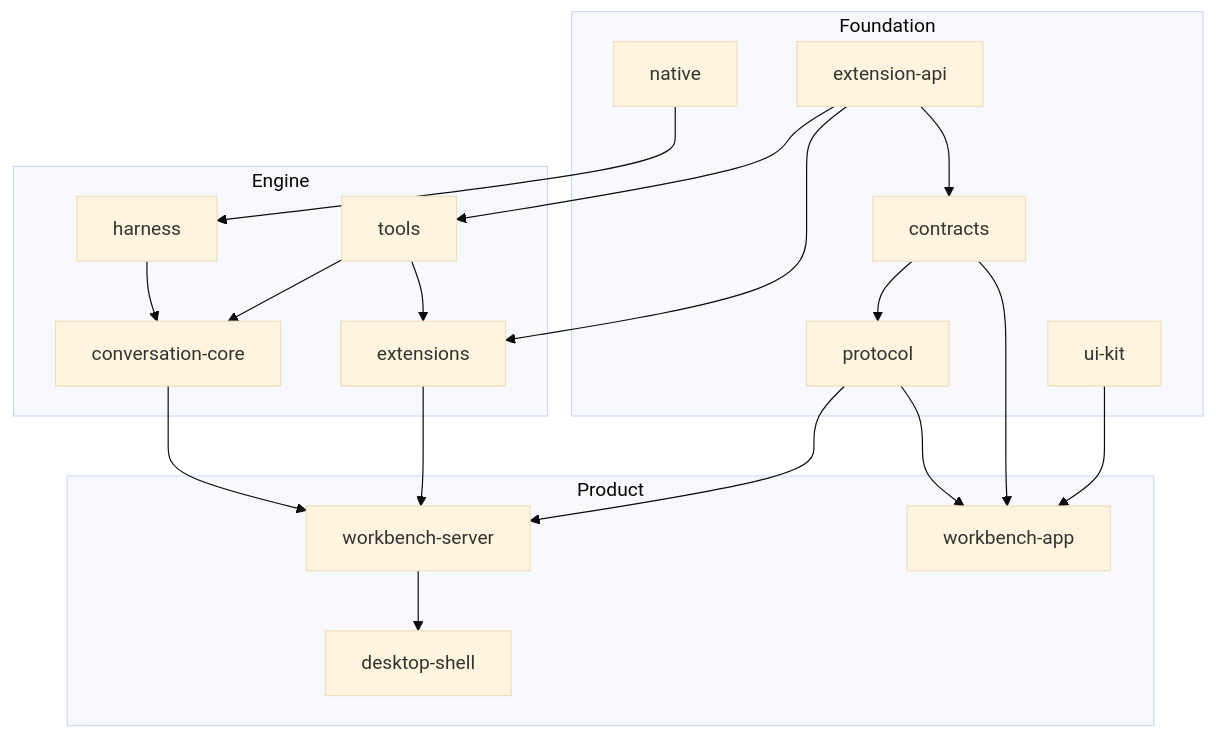
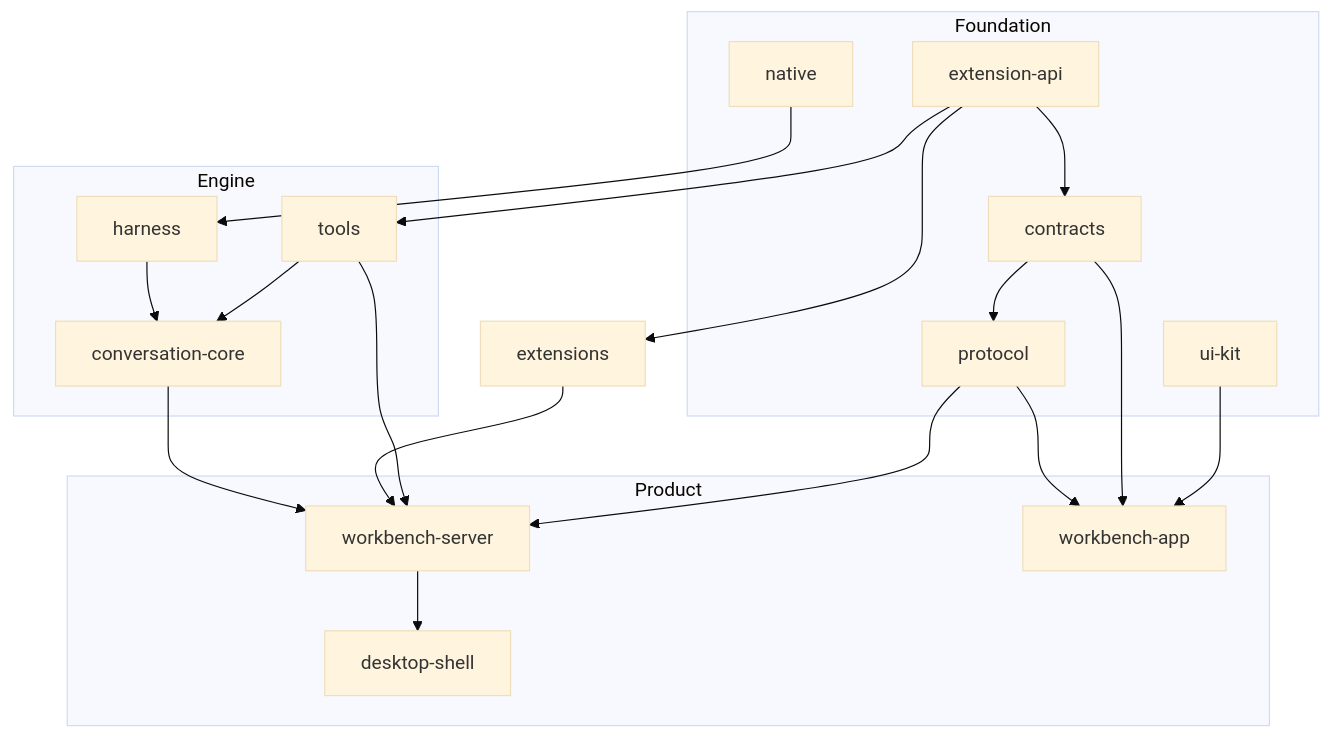
Before and after one commit to ThilinaTLM/nerve: the diagram in docs/architecture/codebase.md, drawn with Mermaid (base theme). The commit also changed other lines of this file and 101 other files, not shown here.

````diff
--- a/docs/architecture/codebase.md
+++ b/docs/architecture/codebase.md
@@ -5,30 +5,30 @@
 ```mermaid
 flowchart TB
   subgraph Foundation
     extension-api
     contracts
     protocol
     native
     ui-kit
   end
   subgraph Engine
     harness --> conversation-core
-    tools --> extensions
     tools --> conversation-core
   end
   subgraph Product
     workbench-server --> desktop-shell
     workbench-app
   end
   extension-api --> contracts
   extension-api --> tools
   extension-api --> extensions
   contracts --> protocol
   native --> harness
   conversation-core --> workbench-server
   extensions --> workbench-server
+  tools --> workbench-server
   protocol --> workbench-server
   protocol --> workbench-app
   contracts --> workbench-app
   ui-kit --> workbench-app
 ```
````
